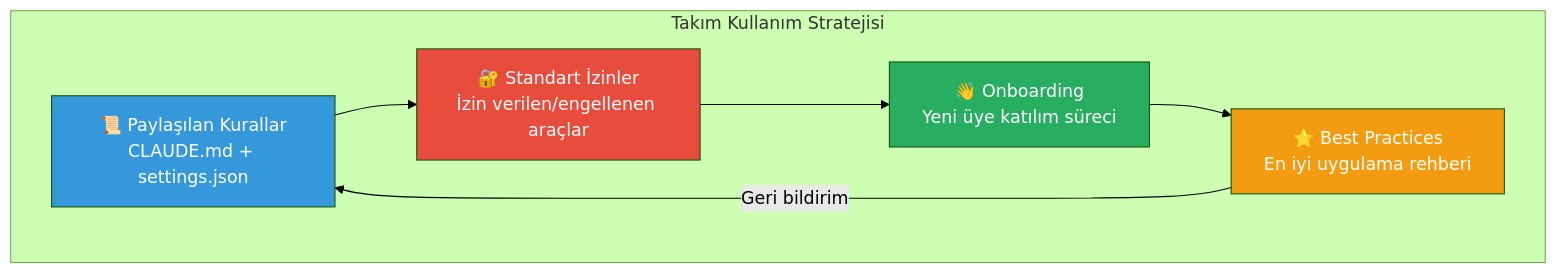
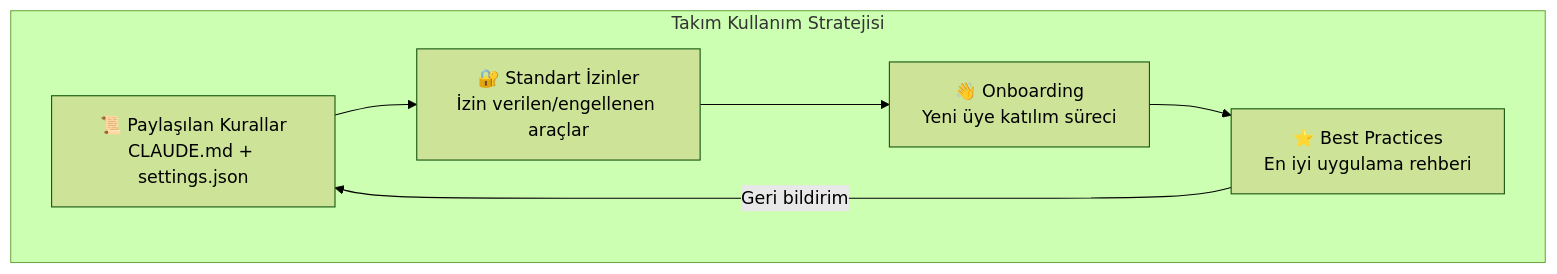
The first of 5 diagrams in 18-kurumsal-kullanim/01-takim-kullanimi-ve-yonetim.md (IzzetYasinAtes/ClaudeCodeHandbook), drawn with Mermaid (forest theme) before and after one commit. The commit also changed other lines of this file and 97 other files, not shown here.

Commit message:
Remove all custom Mermaid style/fill colors from 98 markdown files for consistent dark theme rendering

````diff
--- a/18-kurumsal-kullanim/01-takim-kullanimi-ve-yonetim.md
+++ b/18-kurumsal-kullanim/01-takim-kullanimi-ve-yonetim.md
@@ -19,17 +19,13 @@
 ```mermaid
 flowchart TD
     subgraph strategy ["Takım Kullanım Stratejisi"]
         RULES["📜 Paylaşılan Kurallar<br/>CLAUDE.md + settings.json"]
         PERMS["🔐 Standart İzinler<br/>İzin verilen/engellenen araçlar"]
         ONBOARD["👋 Onboarding<br/>Yeni üye katılım süreci"]
         BEST["⭐ Best Practices<br/>En iyi uygulama rehberi"]
     end
 
     RULES --> PERMS --> ONBOARD --> BEST
     BEST -->|Geri bildirim| RULES
 
-    style RULES fill:#3498DB,color:#fff
-    style PERMS fill:#E74C3C,color:#fff
-    style ONBOARD fill:#27AE60,color:#fff
-    style BEST fill:#F39C12,color:#fff
 ```
````
